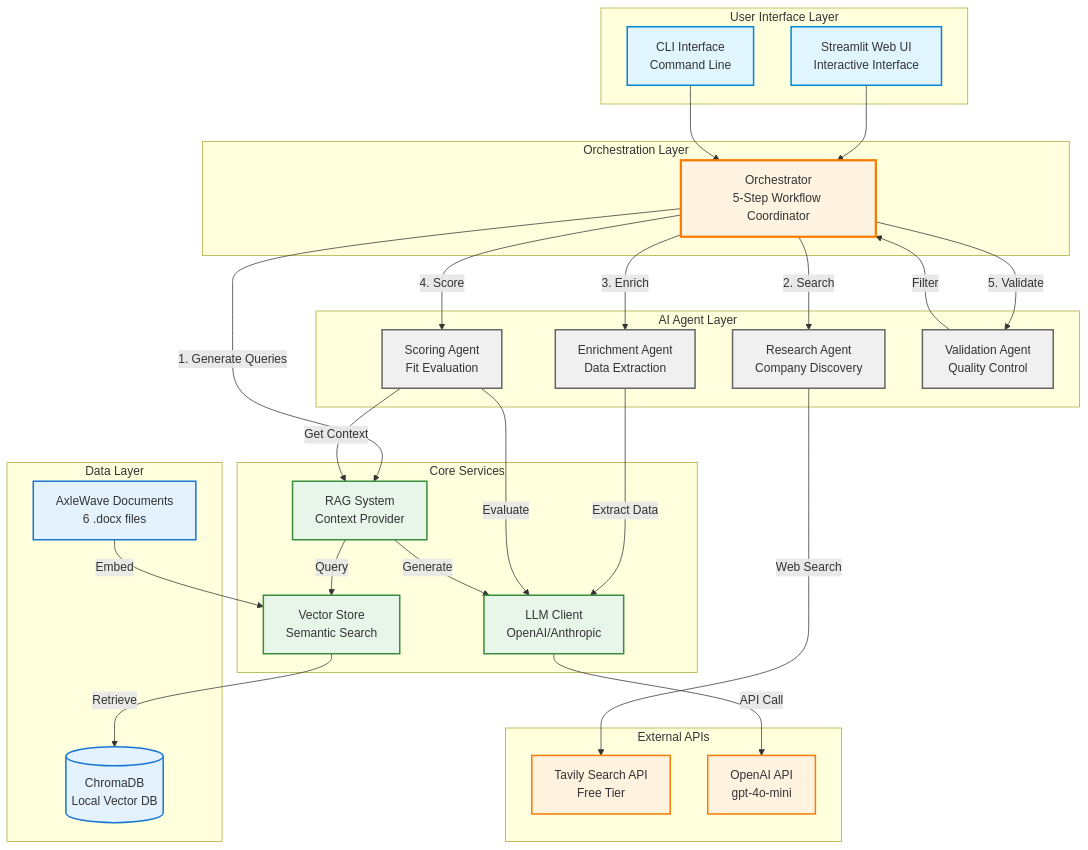
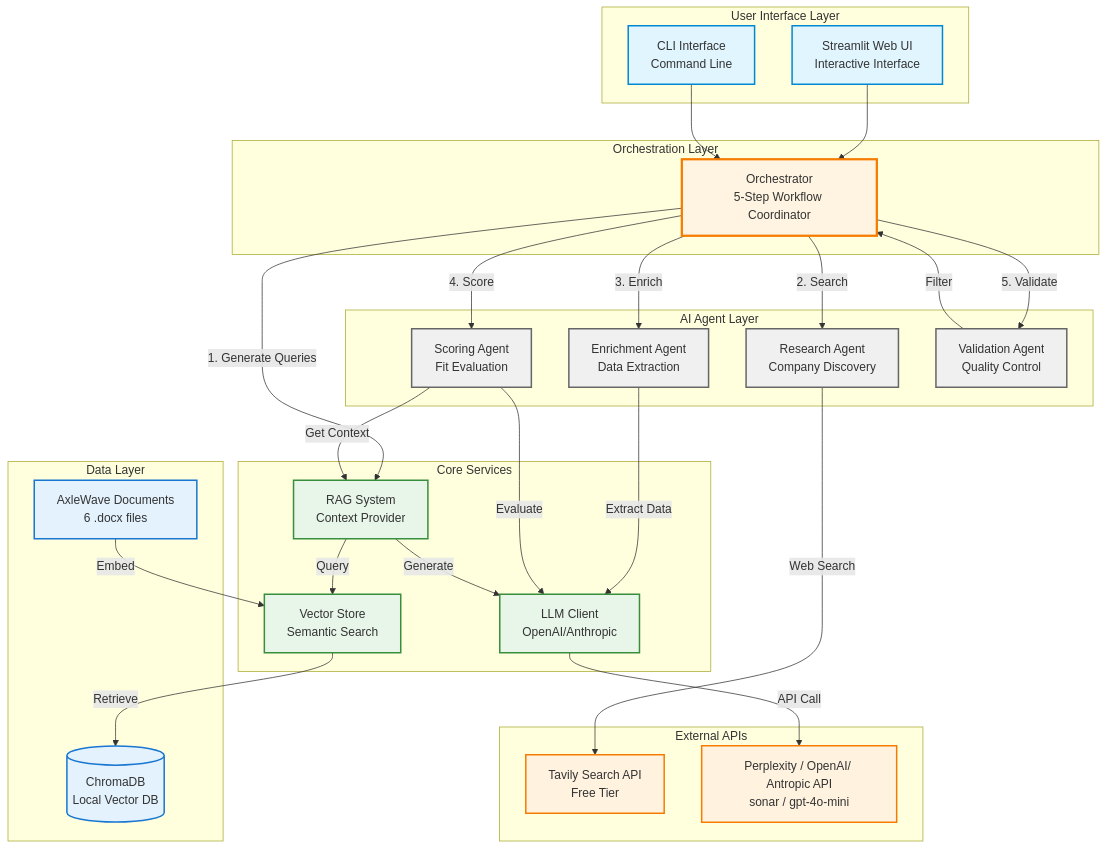
Before and after one commit to helihub-dev/Business-Customer-Partner-Finder-AIAgent-RAG-LLM: the diagram in diagrams/system_architecture.mmd, drawn with Mermaid.

Commit message:
Updated architecture diagrams

```diff
--- a/diagrams/system_architecture.mmd
+++ b/diagrams/system_architecture.mmd
@@ -1,69 +1,69 @@
 graph TB
     subgraph "User Interface Layer"
         UI[Streamlit Web UI<br/>Interactive Interface]
         CLI[CLI Interface<br/>Command Line]
     end
     
     subgraph "Orchestration Layer"
         ORCH[Orchestrator<br/>5-Step Workflow Coordinator]
     end
     
     subgraph "AI Agent Layer"
         RA[Research Agent<br/>Company Discovery]
         EA[Enrichment Agent<br/>Data Extraction]
         SA[Scoring Agent<br/>Fit Evaluation]
         VA[Validation Agent<br/>Quality Control]
     end
     
     subgraph "Core Services"
         RAG[RAG System<br/>Context Provider]
         LLM[LLM Client<br/>OpenAI/Anthropic]
         VS[Vector Store<br/>Semantic Search]
     end
     
     subgraph "External APIs"
         TAVILY[Tavily Search API<br/>Free Tier]
-        OPENAI[OpenAI API<br/>gpt-4o-mini]
+        OPENAI[Perplexity / OpenAI/ Antropic API<br/>sonar / gpt-4o-mini]
     end
     
     subgraph "Data Layer"
         DOCS[AxleWave Documents<br/>6 .docx files]
         CHROMA[(ChromaDB<br/>Local Vector DB)]
     end
     
     UI --> ORCH
     CLI --> ORCH
     
     ORCH -->|1. Generate Queries| RAG
     ORCH -->|2. Search| RA
     ORCH -->|3. Enrich| EA
     ORCH -->|4. Score| SA
     ORCH -->|5. Validate| VA
     
     RA -->|Web Search| TAVILY
     EA -->|Extract Data| LLM
     SA -->|Get Context| RAG
     SA -->|Evaluate| LLM
     VA -->|Filter| ORCH
     
     RAG -->|Query| VS
     RAG -->|Generate| LLM
     VS -->|Retrieve| CHROMA
     LLM -->|API Call| OPENAI
     
     DOCS -->|Embed| VS
     
     style UI fill:#e1f5ff,stroke:#0288d1,stroke-width:2px
     style CLI fill:#e1f5ff,stroke:#0288d1,stroke-width:2px
     style ORCH fill:#fff4e1,stroke:#f57c00,stroke-width:3px
     style RA fill:#f0f0f0,stroke:#666,stroke-width:2px
     style EA fill:#f0f0f0,stroke:#666,stroke-width:2px
     style SA fill:#f0f0f0,stroke:#666,stroke-width:2px
     style VA fill:#f0f0f0,stroke:#666,stroke-width:2px
     style RAG fill:#e8f5e9,stroke:#388e3c,stroke-width:2px
     style VS fill:#e8f5e9,stroke:#388e3c,stroke-width:2px
     style LLM fill:#e8f5e9,stroke:#388e3c,stroke-width:2px
     style TAVILY fill:#fff3e0,stroke:#f57c00,stroke-width:2px
     style OPENAI fill:#fff3e0,stroke:#f57c00,stroke-width:2px
     style CHROMA fill:#e3f2fd,stroke:#1976d2,stroke-width:2px
     style DOCS fill:#e3f2fd,stroke:#1976d2,stroke-width:2px
```
